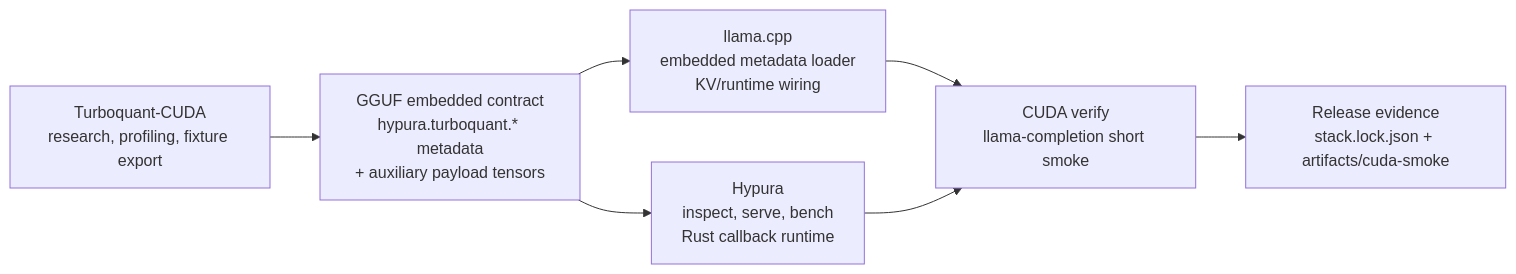
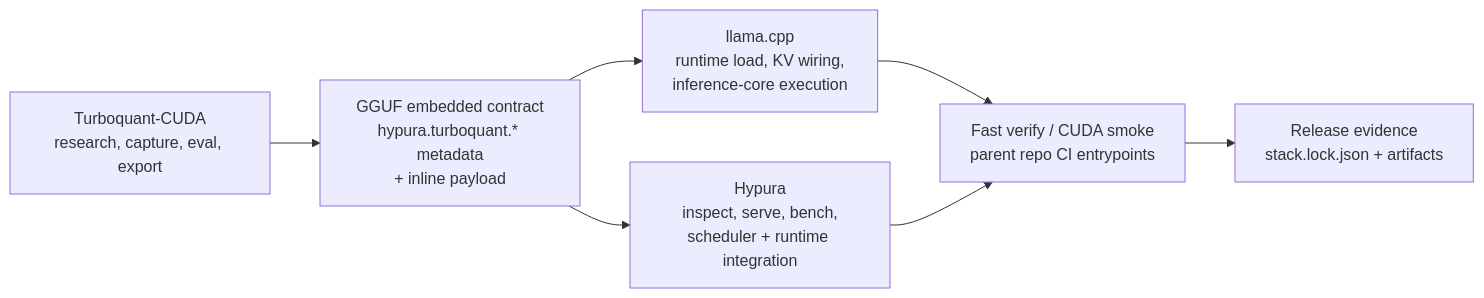
The diagram in README.md (zapabob/triality-platform), drawn with Mermaid before and after one commit. The commit also changed other lines of this file and 4 other files, not shown here.

````diff
--- a/README.md
+++ b/README.md
@@ -66,9 +46,9 @@
 ```mermaid
 flowchart LR
-    A["Turboquant-CUDA<br/>research, profiling, fixture export"] --> B["GGUF embedded contract<br/>hypura.turboquant.* metadata<br/>+ auxiliary payload tensors"]
-    B --> C["llama.cpp<br/>embedded metadata loader<br/>KV/runtime wiring"]
-    B --> D["Hypura<br/>inspect, serve, bench<br/>Rust callback runtime"]
-    C --> E["CUDA verify<br/>llama-completion short smoke"]
+    A["Turboquant-CUDA<br/>research, capture, eval, export"] --> B["GGUF embedded contract<br/>hypura.turboquant.* metadata<br/>+ inline payload"]
+    B --> C["llama.cpp<br/>runtime load, KV wiring,<br/>inference-core execution"]
+    B --> D["Hypura<br/>inspect, serve, bench,<br/>scheduler + runtime integration"]
+    C --> E["Fast verify / CUDA smoke<br/>parent repo CI entrypoints"]
     D --> E
-    E --> F["Release evidence<br/>stack.lock.json + artifacts/cuda-smoke"]
+    E --> F["Release evidence<br/>stack.lock.json + artifacts"]
 ```
````
